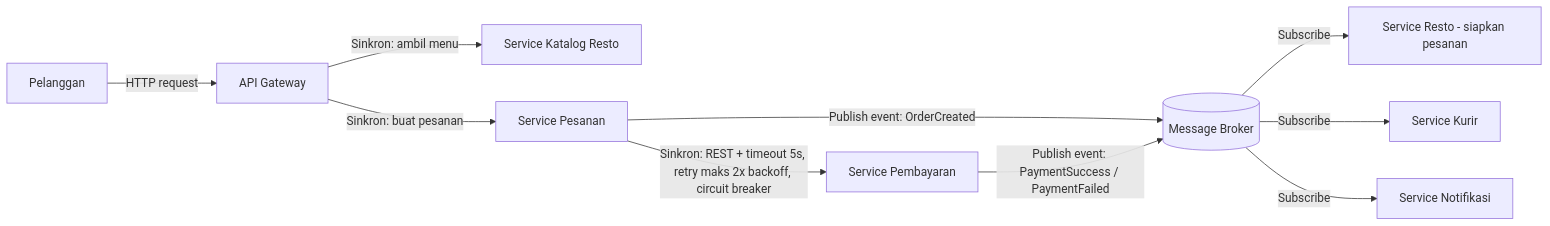
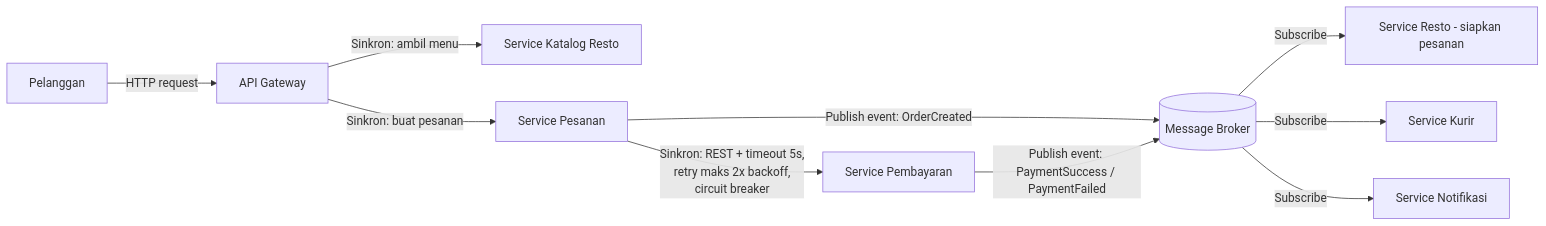
The diagram in tugas-02-perancangan-arsitektur/JAWABAN.md (widyaauliyya321/komputasi-awan-dan-terdistribusi), drawn with Mermaid before and after one commit. The commit also changed other lines of this file, not shown here.

````diff
--- a/tugas-02-perancangan-arsitektur/JAWABAN.md
+++ b/tugas-02-perancangan-arsitektur/JAWABAN.md
@@ -50,17 +48,19 @@
 ```mermaid
 graph LR
 
   Client[Pelanggan] -->|HTTP request| Gateway[API Gateway]
 
   Gateway -->|Sinkron: ambil menu| RestoSvc[Service Katalog Resto]
   Gateway -->|Sinkron: buat pesanan| OrderSvc[Service Pesanan]
 
-  OrderSvc -->|"Sinkron: REST + timeout 5s, retry maks 2x backoff, circuit breaker"| PaymentSvc[Service Pembayaran]
+  OrderSvc -->|"Sinkron: REST + timeout 5s,
+  retry maks 2x backoff,
+  circuit breaker"| PaymentSvc[Service Pembayaran]
 
   OrderSvc -->|Publish event: OrderCreated| Broker[(Message Broker)]
   PaymentSvc -->|Publish event: PaymentSuccess / PaymentFailed| Broker
 
   Broker -->|Subscribe| RestoEvt[Service Resto - siapkan pesanan]
   Broker -->|Subscribe| Kurir[Service Kurir]
   Broker -->|Subscribe| Notif[Service Notifikasi]
 ```
````
